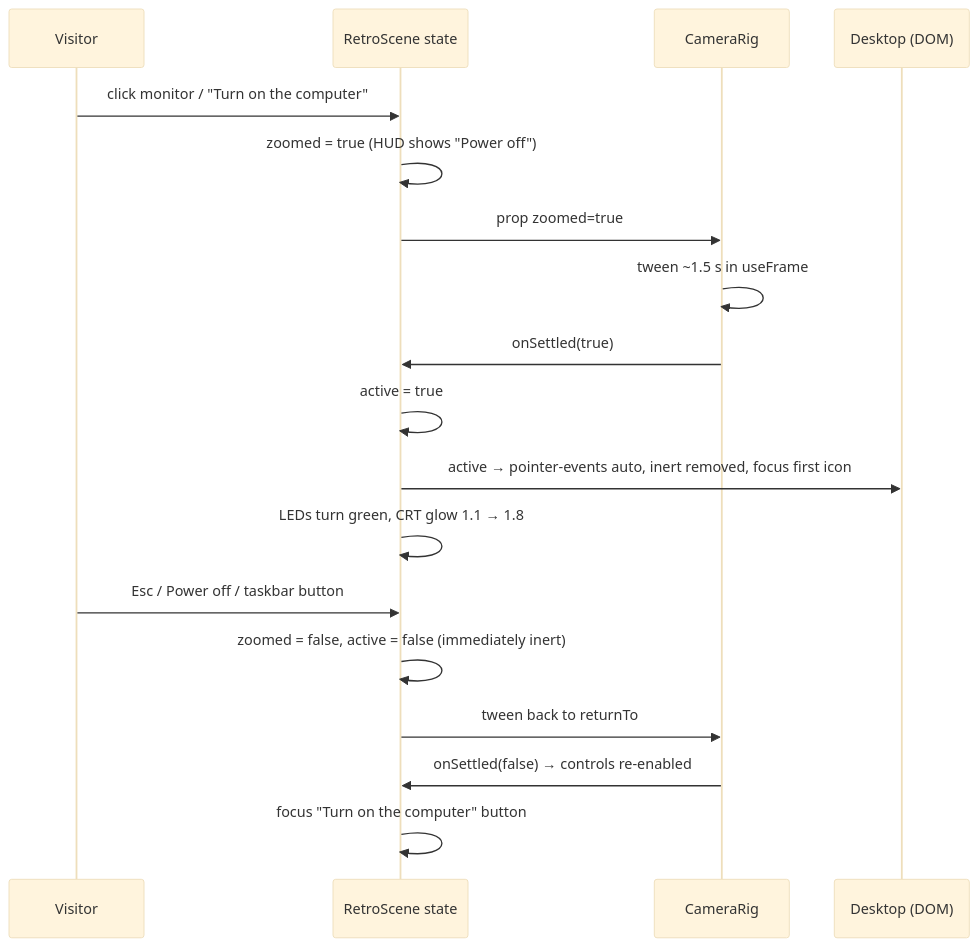
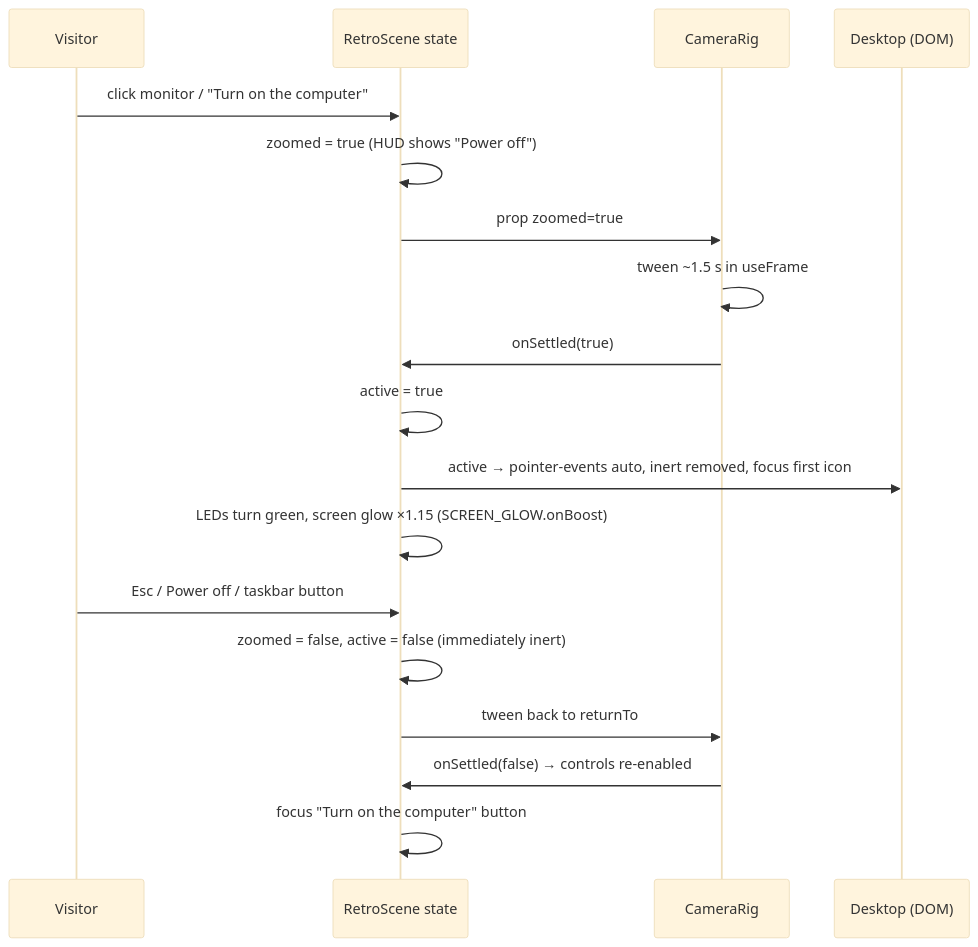
One commit to LinhL1/linh-le-2 changed the fourth of 5 diagrams in docs/3D_ARCHITECTURE.md. Above: the diagram before and after it, drawn with Mermaid (base theme). The commit also changed other lines of this file and 12 other files, not shown here.

````diff
--- a/docs/3D_ARCHITECTURE.md
+++ b/docs/3D_ARCHITECTURE.md
@@ -184,20 +187,20 @@
 ```mermaid
 sequenceDiagram
     participant U as Visitor
     participant RS as RetroScene state
     participant CR as CameraRig
     participant D as Desktop (DOM)
     U->>RS: click monitor / "Turn on the computer"
     RS->>RS: zoomed = true (HUD shows "Power off")
     RS->>CR: prop zoomed=true
     CR->>CR: tween ~1.5 s in useFrame
     CR->>RS: onSettled(true)
     RS->>RS: active = true
     RS->>D: active → pointer-events auto, inert removed, focus first icon
-    RS->>RS: LEDs turn green, CRT glow 1.1 → 1.8
+    RS->>RS: LEDs turn green, screen glow ×1.15 (SCREEN_GLOW.onBoost)
     U->>RS: Esc / Power off / taskbar button
     RS->>RS: zoomed = false, active = false (immediately inert)
     RS->>CR: tween back to returnTo
     CR->>RS: onSettled(false) → controls re-enabled
     RS->>RS: focus "Turn on the computer" button
 ```
````
